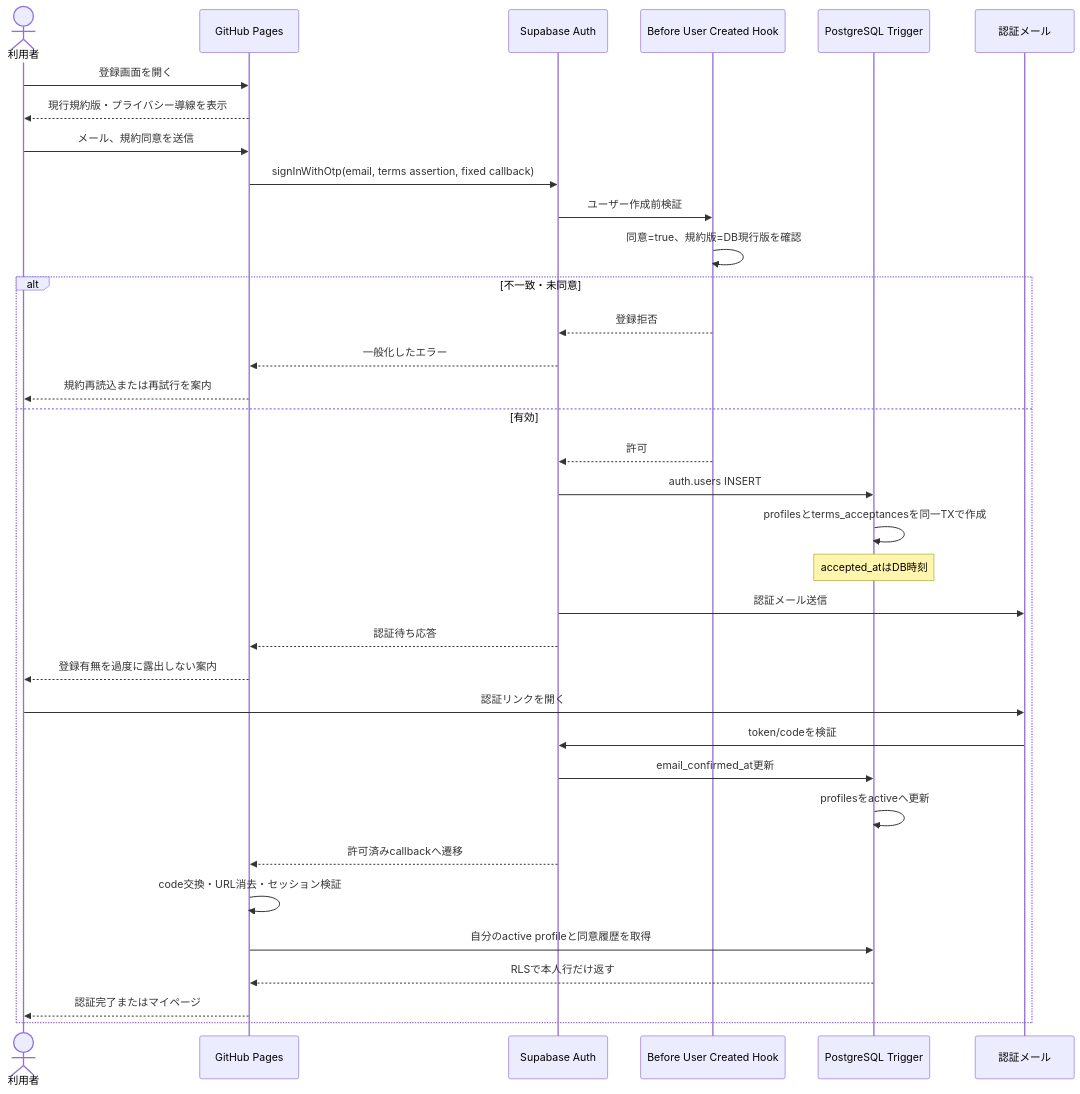
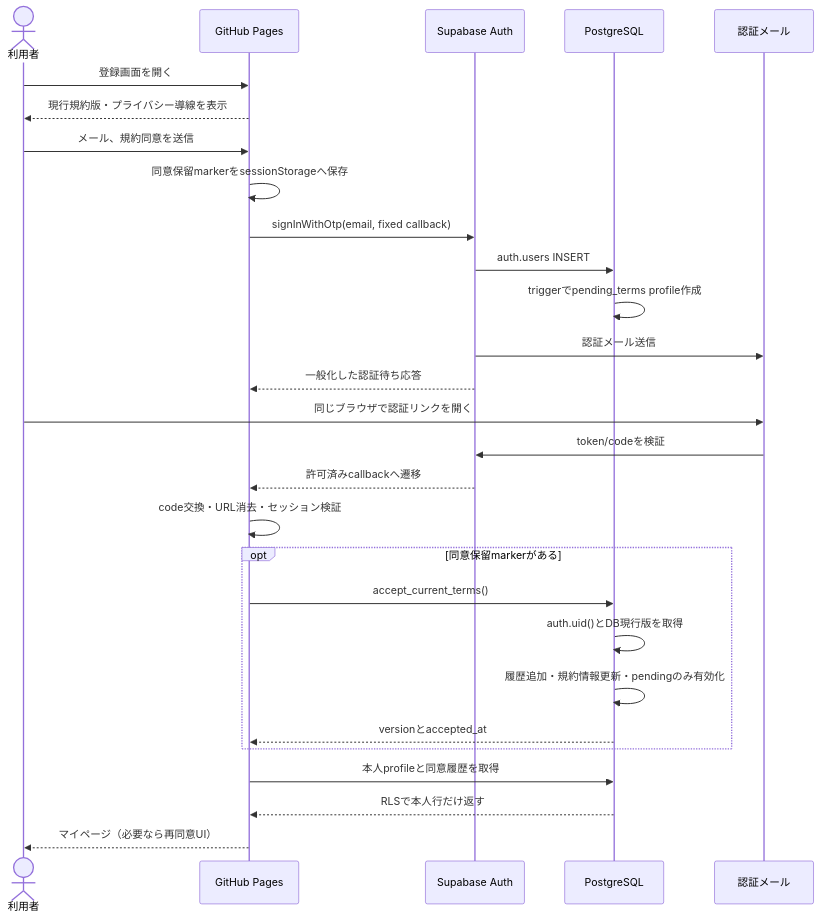
Before and after one commit to mtddzd5vw2-gif/kagoshima-tennis-alert: the second of 3 diagrams in docs/PHASE1_AUTH_DESIGN.md, drawn with Mermaid. The commit also changed other lines of this file and 9 other files, not shown here.

````diff
--- a/docs/PHASE1_AUTH_DESIGN.md
+++ b/docs/PHASE1_AUTH_DESIGN.md
@@ -249,38 +252,31 @@
 ```mermaid
 sequenceDiagram
     actor U as 利用者
     participant P as GitHub Pages
     participant A as Supabase Auth
-    participant H as Before User Created Hook
-    participant D as PostgreSQL Trigger
+    participant D as PostgreSQL
     participant M as 認証メール
 
     U->>P: 登録画面を開く
     P-->>U: 現行規約版・プライバシー導線を表示
     U->>P: メール、規約同意を送信
-    P->>A: signInWithOtp(email, terms assertion, fixed callback)
-    A->>H: ユーザー作成前検証
-    H->>H: 同意=true、規約版=DB現行版を確認
-    alt 不一致・未同意
-        H-->>A: 登録拒否
-        A-->>P: 一般化したエラー
-        P-->>U: 規約再読込または再試行を案内
-    else 有効
-        H-->>A: 許可
-        A->>D: auth.users INSERT
-        D->>D: profilesとterms_acceptancesを同一TXで作成
-        Note over D: accepted_atはDB時刻
-        A->>M: 認証メール送信
-        A-->>P: 認証待ち応答
-        P-->>U: 登録有無を過度に露出しない案内
-        U->>M: 認証リンクを開く
-        M->>A: token/codeを検証
-        A->>D: email_confirmed_at更新
-        D->>D: profilesをactiveへ更新
-        A-->>P: 許可済みcallbackへ遷移
-        P->>P: code交換・URL消去・セッション検証
-        P->>D: 自分のactive profileと同意履歴を取得
-        D-->>P: RLSで本人行だけ返す
-        P-->>U: 認証完了またはマイページ
+    P->>P: 同意保留markerをsessionStorageへ保存
+    P->>A: signInWithOtp(email, fixed callback)
+    A->>D: auth.users INSERT
+    D->>D: triggerでpending_terms profile作成
+    A->>M: 認証メール送信
+    A-->>P: 一般化した認証待ち応答
+    U->>M: 同じブラウザで認証リンクを開く
+    M->>A: token/codeを検証
+    A-->>P: 許可済みcallbackへ遷移
+    P->>P: code交換・URL消去・セッション検証
+    opt 同意保留markerがある
+        P->>D: accept_current_terms()
+        D->>D: auth.uid()とDB現行版を取得
+        D->>D: 履歴追加・規約情報更新・pendingのみ有効化
+        D-->>P: versionとaccepted_at
     end
+    P->>D: 本人profileと同意履歴を取得
+    D-->>P: RLSで本人行だけ返す
+    P-->>U: マイページ（必要なら再同意UI）
 ```
````
